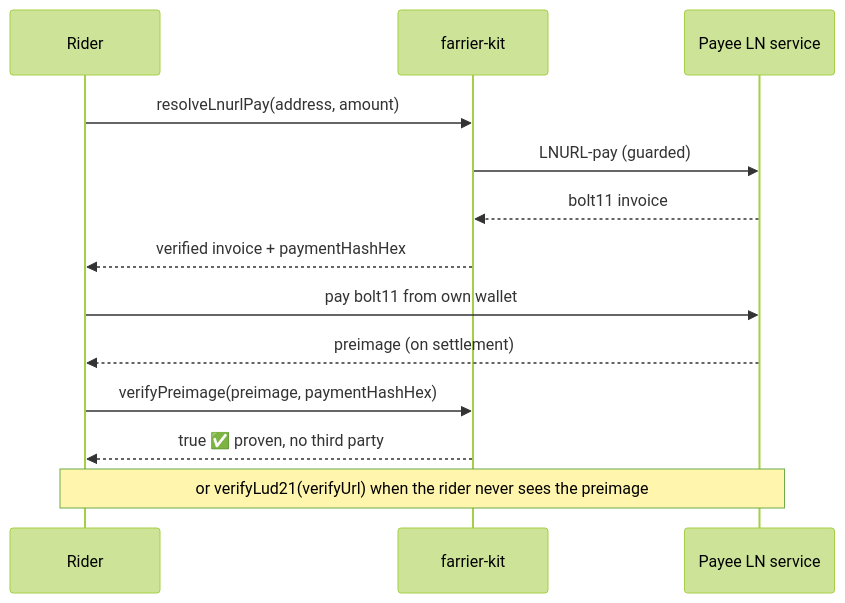
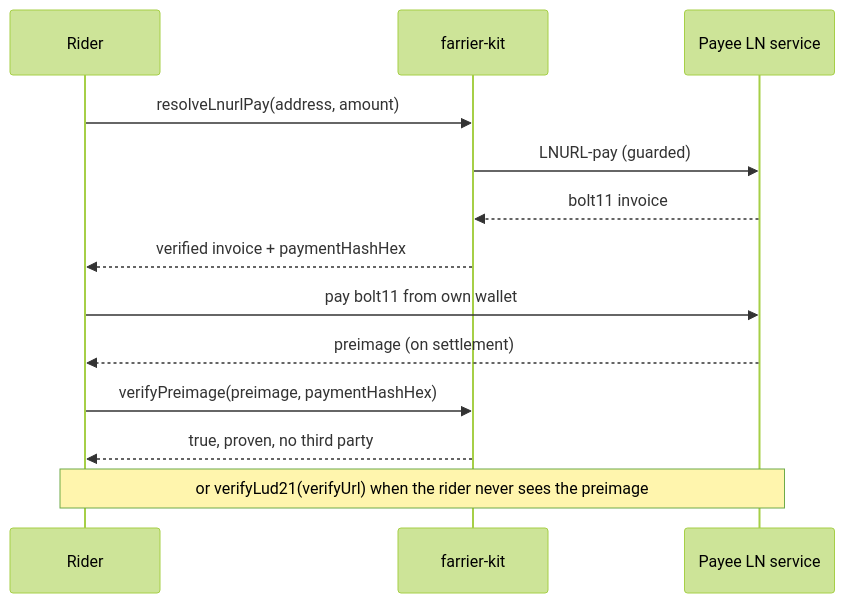
The second of 2 diagrams in README.md (forgesworn/farrier-kit), drawn with Mermaid (forest theme) before and after one commit. The commit also changed other lines of this file and 16 other files, not shown here.

````diff
--- a/README.md
+++ b/README.md
@@ -83,15 +85,15 @@
 ```mermaid
 sequenceDiagram
   participant Rider
   participant farrier as farrier-kit
   participant Payee as Payee LN service
   Rider->>farrier: resolveLnurlPay(address, amount)
   farrier->>Payee: LNURL-pay (guarded)
   Payee-->>farrier: bolt11 invoice
   farrier-->>Rider: verified invoice + paymentHashHex
   Rider->>Payee: pay bolt11 from own wallet
   Payee-->>Rider: preimage (on settlement)
   Rider->>farrier: verifyPreimage(preimage, paymentHashHex)
-  farrier-->>Rider: true  ✅ proven, no third party
+  farrier-->>Rider: true, proven, no third party
   Note over Rider,Payee: or verifyLud21(verifyUrl) when the rider never sees the preimage
 ```
````
